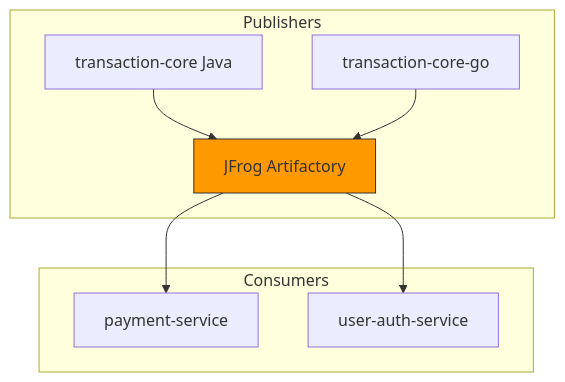
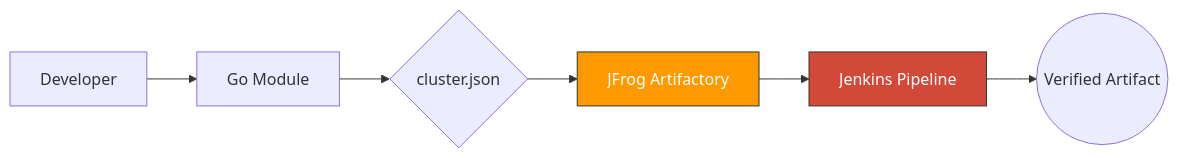
One commit to pratham7289/Artifactory-Automation changed the diagram in README.md. Above: the diagram before and after it, drawn with Mermaid. The commit also changed other lines of this file, not shown here.

Commit message:
Revise README for artifact publishing demo

````diff
--- a/README.md
+++ b/README.md
@@ -17,12 +19,11 @@
 ```mermaid
-graph TD
-    subgraph "Publishers"
-        TC[transaction-core Java] --> Art[JFrog Artifactory]
-        TCG[transaction-core-go] --> Art
-    end
-    subgraph "Consumers"
-        Art --> PS[payment-service]
-        Art --> US[user-auth-service]
-    end
-    style Art fill:#ff9900,stroke:#333
+graph LR
+    Dev[Developer] --> Go[Go Module]
+    Go --> Creds{cluster.json}
+    Creds --> Art[JFrog Artifactory]
+    Art --> Jenkins[Jenkins Pipeline]
+    Jenkins --> Final((Verified Artifact))
+    
+    style Art fill:#ff9900,stroke:#333,color:#fff
+    style Jenkins fill:#D24939,stroke:#333,color:#fff
 ```
````
